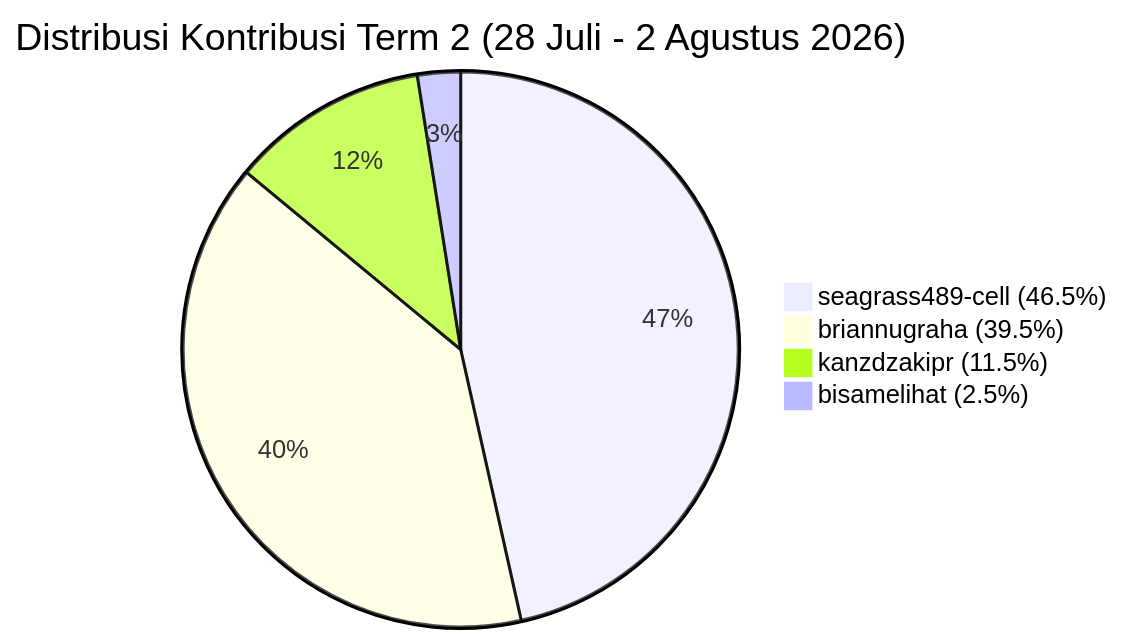
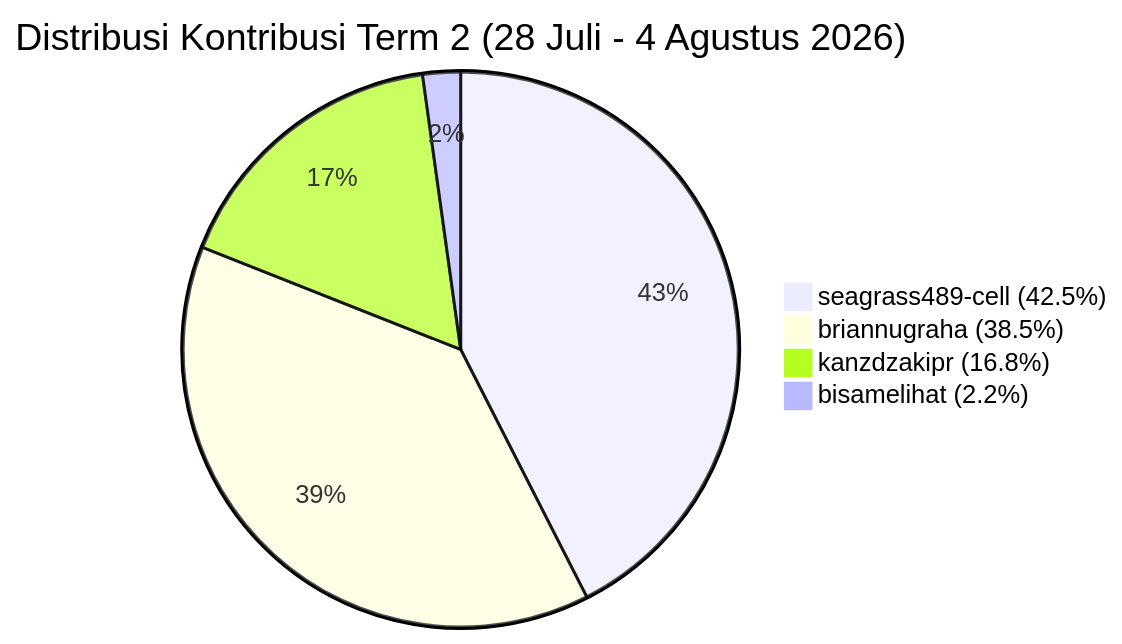
The third of 3 diagrams in KONTRIBUSI_TIM.md (kanzdzakipr/ServicePlan-BRA), drawn with Mermaid before and after one commit. The commit also changed other lines of this file, not shown here.

Commit message:
update kontribusi tim per 4 agustus

````diff
--- a/KONTRIBUSI_TIM.md
+++ b/KONTRIBUSI_TIM.md
@@ -76,7 +76,7 @@
 ```mermaid
-pie title Distribusi Kontribusi Term 2 (28 Juli - 2 Agustus 2026)
-    "seagrass489-cell (46.5%)" : 46.5
-    "briannugraha (39.5%)" : 39.5
-    "kanzdzakipr (11.5%)" : 11.5
-    "bisamelihat (2.5%)" : 2.5
+pie title Distribusi Kontribusi Term 2 (28 Juli - 4 Agustus 2026)
+    "seagrass489-cell (42.5%)" : 42.5
+    "briannugraha (38.5%)" : 38.5
+    "kanzdzakipr (16.8%)" : 16.8
+    "bisamelihat (2.2%)" : 2.2
 ```
````
